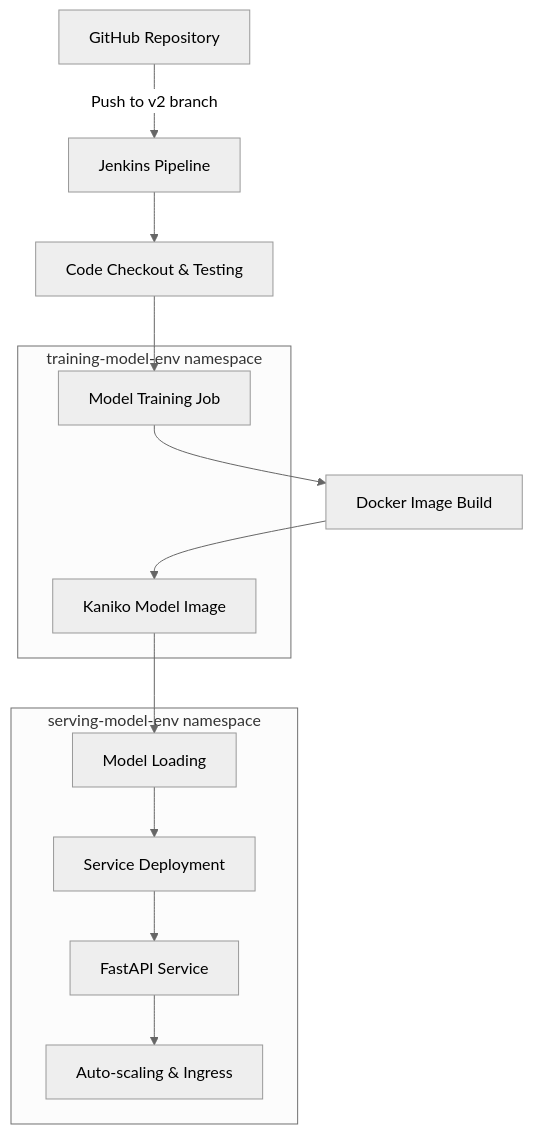
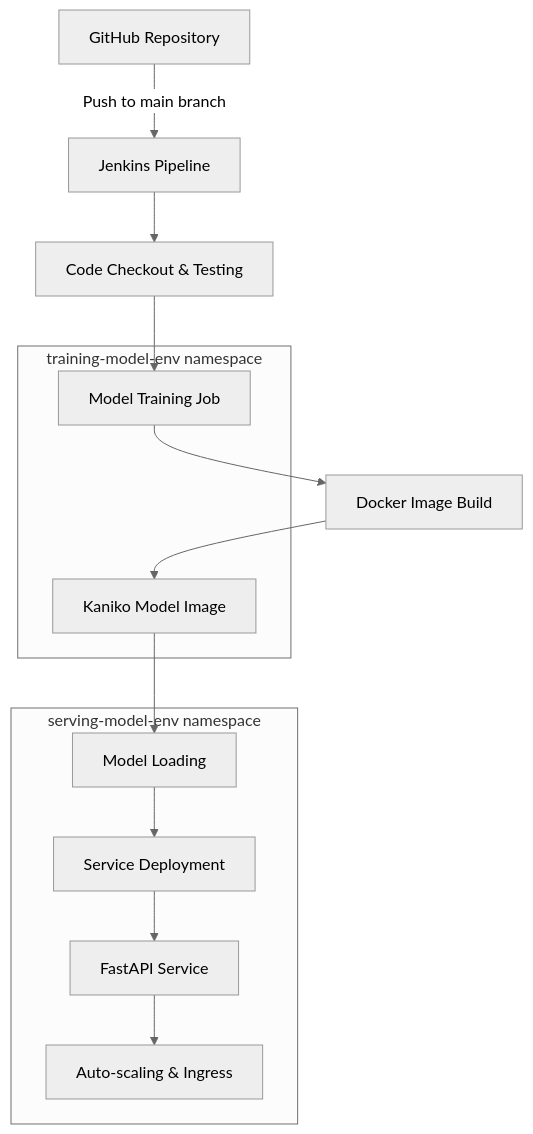
Before and after one commit to Ashutosh-Jadhav/ML_Ops: the first of 2 diagrams in README.md, drawn with Mermaid (neutral theme). The commit also changed other lines of this file and 2 other files, not shown here.

````diff
--- a/README.md
+++ b/README.md
@@ -40,24 +40,24 @@
 ```mermaid
 graph TB
-    A[GitHub Repository] -->|Push to v2 branch| B[Jenkins Pipeline]
+    A[GitHub Repository] -->|Push to main branch| B[Jenkins Pipeline]
     B --> C[Code Checkout & Testing]
     C --> D[Model Training Job]
     D --> E[Docker Image Build]
     E --> F[Kaniko Model Image]
     F --> G[Model Loading]
     G --> H[Service Deployment]
     H --> I[FastAPI Service]
     I --> J[Auto-scaling & Ingress]
     
     subgraph "training-model-env namespace"
         D
         F
     end
     
     subgraph "serving-model-env namespace"
         G
         H
         I
         J
     end
 ```
````
